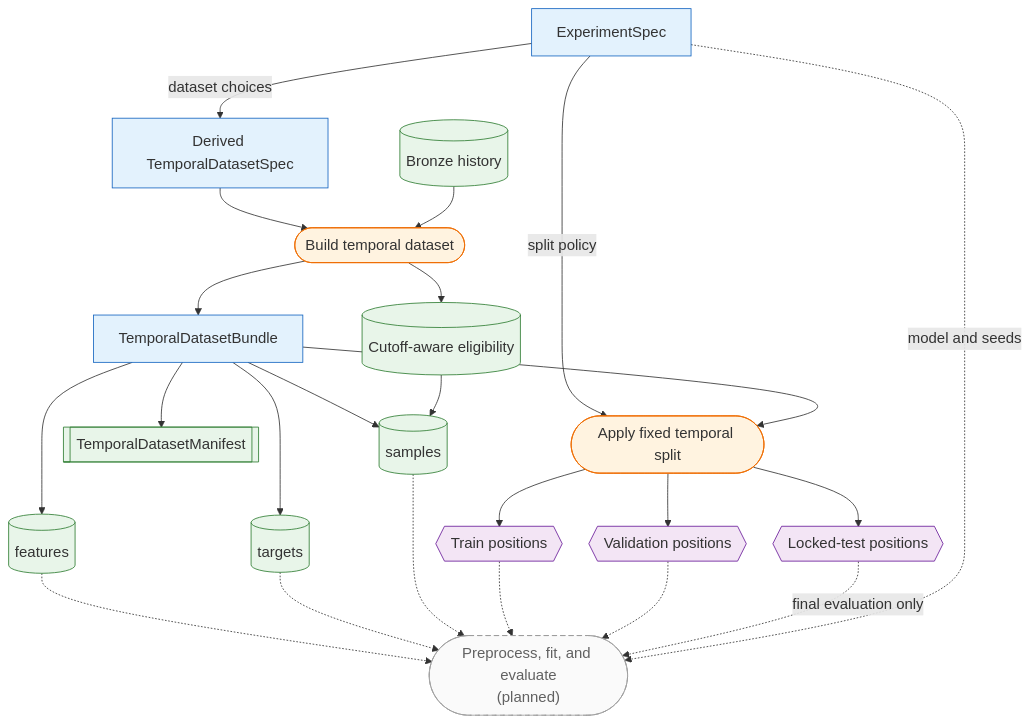
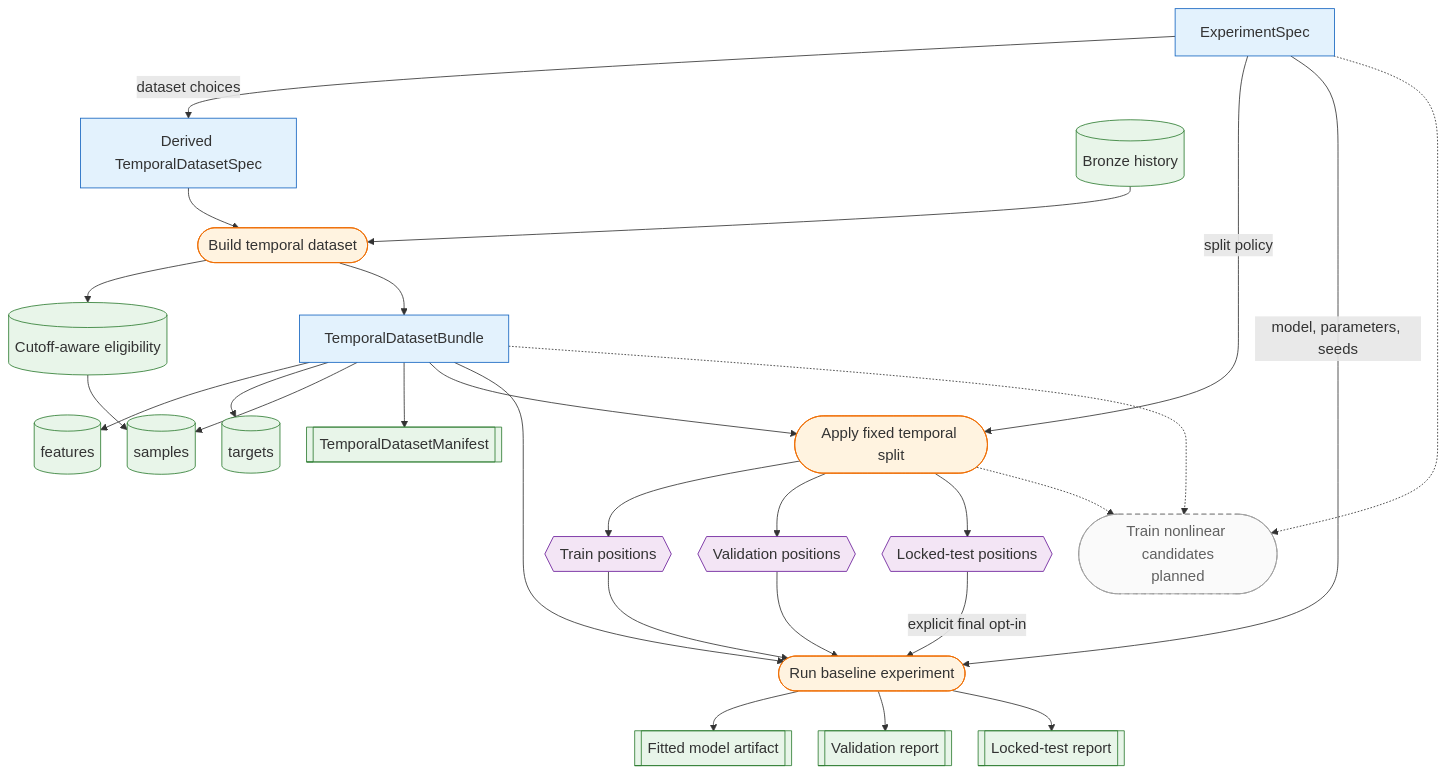
The diagram in docs/modeling/overview.md (Frallmeister/swingtrader-app), drawn with Mermaid before and after one commit. The commit also changed other lines of this file and 34 other files, not shown here.

First line of the commit message:
implement baseline models and reusable evaluation harness (#123)

````diff
--- a/docs/modeling/overview.md
+++ b/docs/modeling/overview.md
@@ -9,53 +9,61 @@
 ```mermaid
 %%{init: {"themeVariables": {"fontSize": "18px"}, "flowchart": {"nodeSpacing": 32, "rankSpacing": 48}}}%%
 flowchart TB
     experiment["ExperimentSpec"]
     dataset_spec["Derived TemporalDatasetSpec"]
     source[(Bronze history)]
     eligibility[(Cutoff-aware eligibility)]
     builder([Build temporal dataset])
     bundle["TemporalDatasetBundle"]
     features[(features)]
     targets[(targets)]
     samples[(samples)]
     manifest[[TemporalDatasetManifest]]
     splitter([Apply fixed temporal split])
     train{{Train positions}}
     validation{{Validation positions}}
     test{{Locked-test positions}}
-    modeling(["Preprocess, fit, and evaluate<br/>(planned)"])
+    harness([Run baseline experiment])
+    model[[Fitted model artifact]]
+    validation_report[[Validation report]]
+    test_report[[Locked-test report]]
+    advanced([Train nonlinear candidates<br/>planned])
 
     experiment -->|dataset choices| dataset_spec
     dataset_spec --> builder
     source --> builder
     builder --> eligibility
     builder --> bundle
     bundle --> features
     bundle --> targets
     bundle --> samples
     eligibility --> samples
     bundle --> manifest
     experiment -->|split policy| splitter
     bundle --> splitter
     splitter --> train
     splitter --> validation
     splitter --> test
-    features -.-> modeling
-    targets -.-> modeling
-    samples -.-> modeling
-    train -.-> modeling
-    validation -.-> modeling
-    test -.->|final evaluation only| modeling
-    experiment -.->|model and seeds| modeling
+    experiment -->|model, parameters, seeds| harness
+    bundle --> harness
+    train --> harness
+    validation --> harness
+    test -->|explicit final opt-in| harness
+    harness --> model
+    harness --> validation_report
+    harness --> test_report
+    bundle -.-> advanced
+    splitter -.-> advanced
+    experiment -.-> advanced
 
     classDef contract fill:#e3f2fd,stroke:#1565c0
     classDef action fill:#fff3e0,stroke:#ef6c00
     classDef artifact fill:#e8f5e9,stroke:#2e7d32
     classDef state fill:#f3e5f5,stroke:#6a1b9a
     classDef planned fill:#fafafa,stroke:#9e9e9e,color:#616161,stroke-dasharray:6 4
     class experiment,dataset_spec,bundle contract
-    class builder,splitter action
-    class source,eligibility,features,targets,samples,manifest artifact
+    class builder,splitter,harness action
+    class source,eligibility,features,targets,samples,manifest,model,validation_report,test_report artifact
     class train,validation,test state
-    class modeling planned
+    class advanced planned
 ```
````
